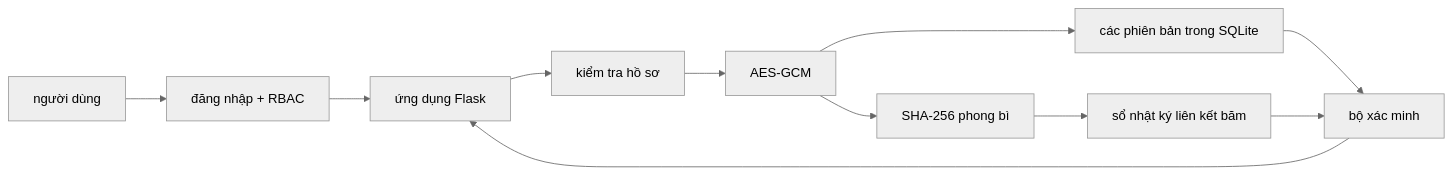
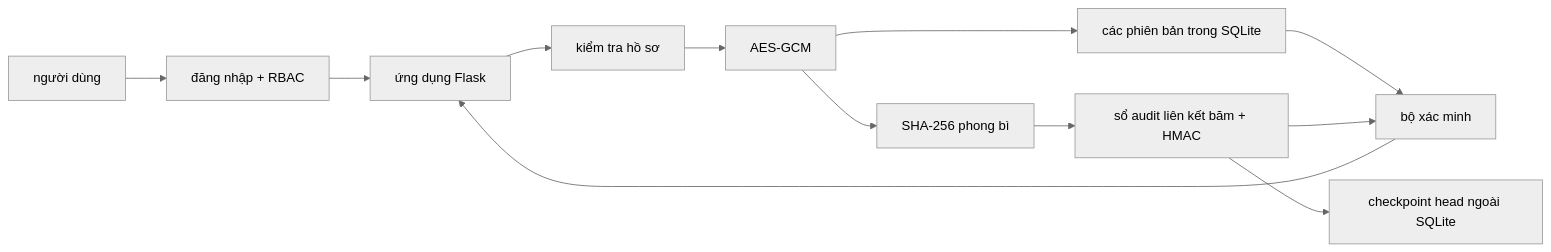
The diagram in docs/report/du_thao_noi_dung.md (hv6z/secureedu-authenticated-student-records), drawn with Mermaid (neutral theme) before and after one commit. The commit also changed other lines of this file and 36 other files, not shown here.

````diff
--- a/docs/report/du_thao_noi_dung.md
+++ b/docs/report/du_thao_noi_dung.md
@@ -60,13 +61,14 @@
 ```mermaid
 flowchart LR
     A["người dùng"] --> A1["đăng nhập + RBAC"]
     A1 --> B["ứng dụng Flask"]
     B --> C["kiểm tra hồ sơ"]
     C --> D["AES-GCM"]
     D --> E["các phiên bản trong SQLite"]
     D --> F["SHA-256 phong bì"]
-    F --> G["sổ nhật ký liên kết băm"]
+    F --> G["sổ audit liên kết băm + HMAC"]
+    G --> X["checkpoint head ngoài SQLite"]
     E --> H["bộ xác minh"]
     G --> H
     H --> B
 ```
````
